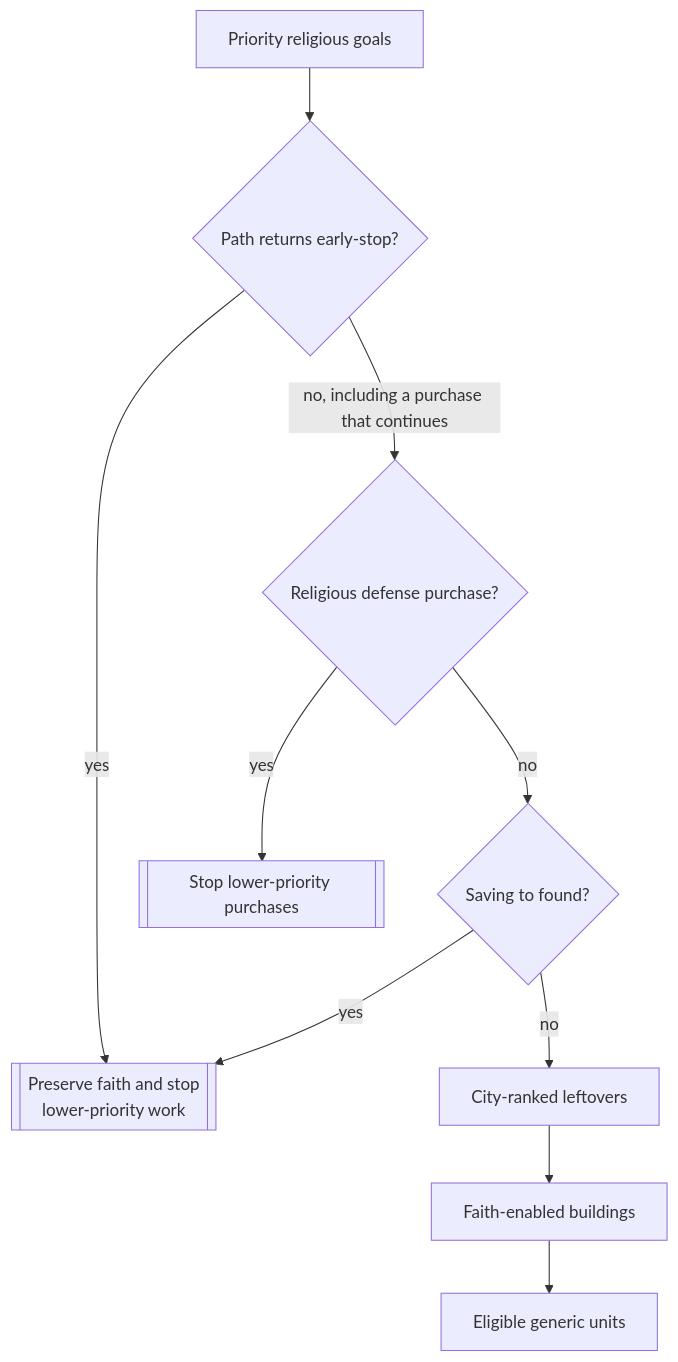
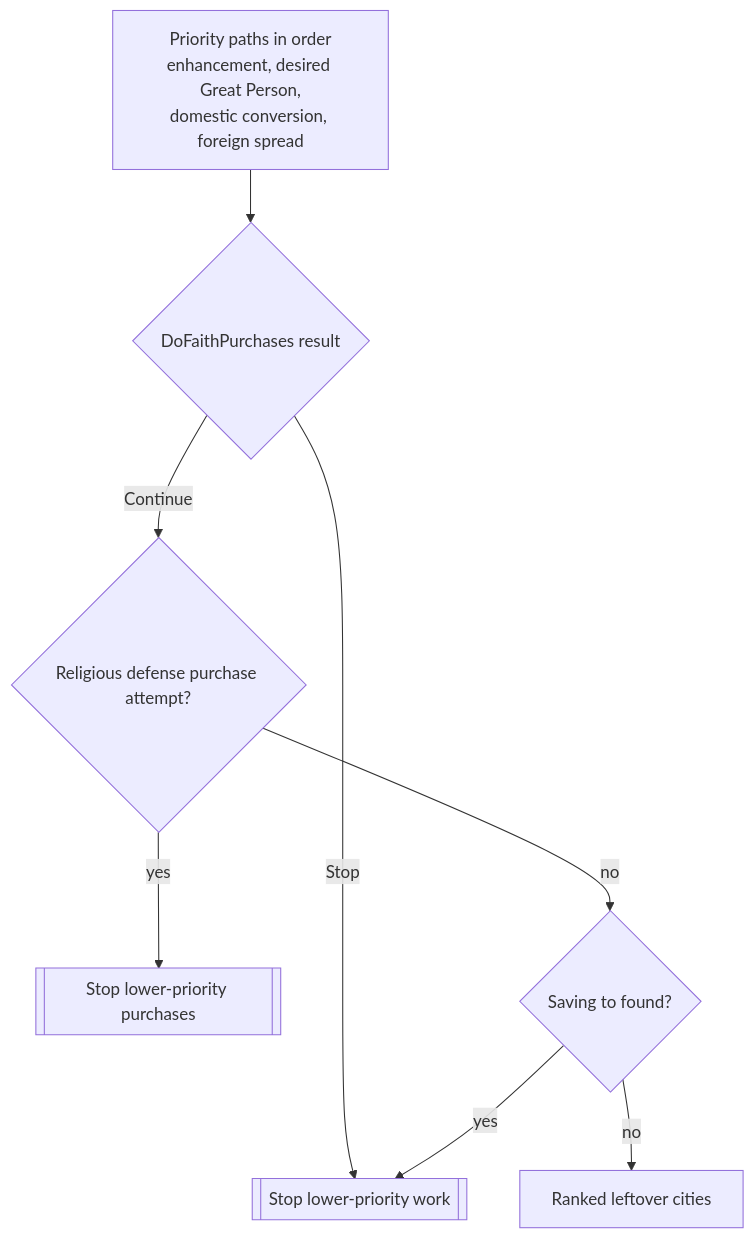
The second of 2 diagrams in docs/developers/civ5-dll/unit-ai/acquisition.md (vox-deorum/vox-deorum), drawn with Mermaid before and after one commit. The commit also changed other lines of this file and 25 other files, not shown here.

````diff
--- a/docs/developers/civ5-dll/unit-ai/acquisition.md
+++ b/docs/developers/civ5-dll/unit-ai/acquisition.md
@@ -68,12 +72,10 @@
 ```mermaid
 flowchart TD
-    P[Priority religious goals] --> E{Path returns early-stop?}
-    E -->|yes| S[[Preserve faith and stop<br/>lower-priority work]]
-    E -->|no, including a purchase that continues| D{Religious defense purchase?}
+    P[Priority paths in order<br/>enhancement, desired Great Person,<br/>domestic conversion, foreign spread] --> R{DoFaithPurchases result}
+    R -->|Continue| D{Religious defense purchase attempt?}
+    R -->|Stop| S[[Stop lower-priority work]]
     D -->|yes| X[[Stop lower-priority purchases]]
     D -->|no| F{Saving to found?}
     F -->|yes| S
-    F -->|no| L[City-ranked leftovers]
-    L --> B[Faith-enabled buildings]
-    B --> U[Eligible generic units]
+    F -->|no| L[Ranked leftover cities]
 ```
````
